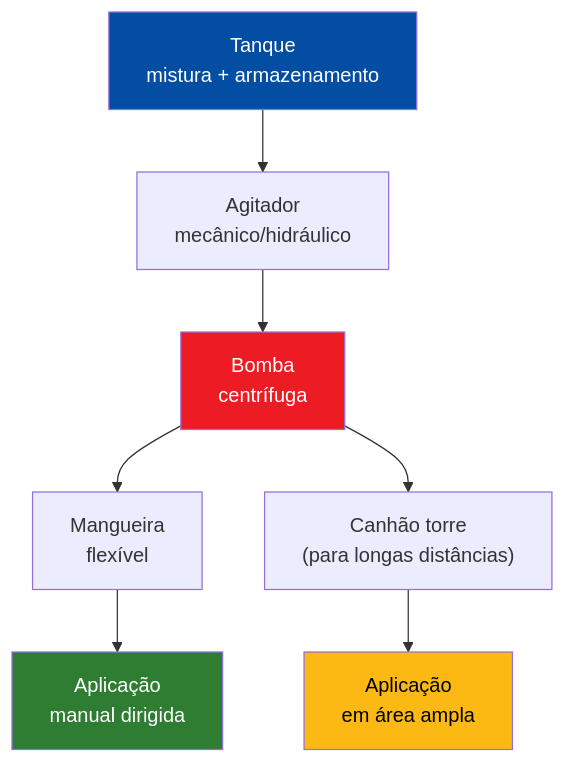
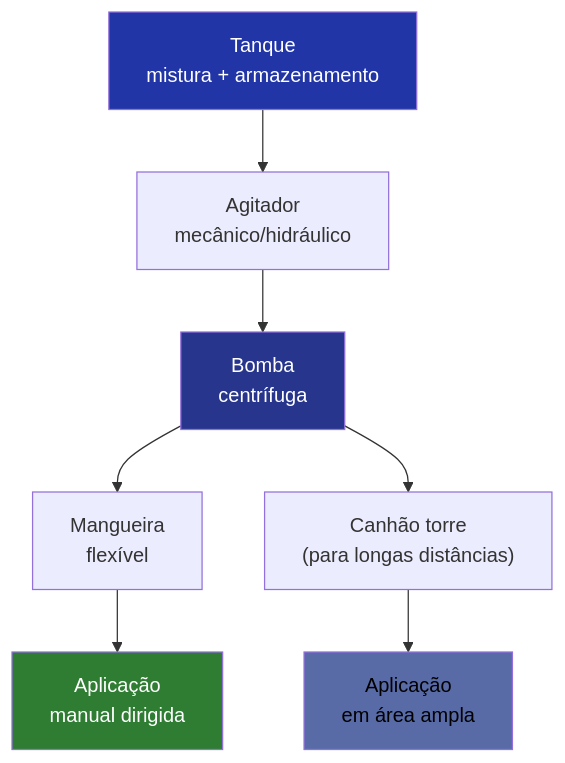
The third of 6 diagrams in aulas/bioengenharia_de_solos/aulas/hidrossemeadura/hidrossemeadura.qmd (ldvsantos/cv), drawn with Mermaid before and after one commit. The commit also changed other lines of this file and 466 other files, not shown here.

````diff
--- a/aulas/bioengenharia_de_solos/aulas/hidrossemeadura/hidrossemeadura.qmd
+++ b/aulas/bioengenharia_de_solos/aulas/hidrossemeadura/hidrossemeadura.qmd
@@ -354,14 +352,14 @@
 ```{mermaid}
 %%| fig-width: 4.5
 graph TD
     A["Tanque<br>mistura + armazenamento"] --> B["Agitador<br>mecânico/hidráulico"]
     B --> C["Bomba<br>centrífuga"]
     C --> D["Mangueira<br>flexível"]
     C --> E["Canhão torre<br>(para longas distâncias)"]
     D --> F["Aplicação<br>manual dirigida"]
     E --> G["Aplicação<br>em área ampla"]
-    style A fill:#034EA2,color:#fff
-    style C fill:#ED1C24,color:#fff
+    style A fill:#2135A6,color:#fff
+    style C fill:#27368C,color:#fff
     style F fill:#2E7D32,color:#fff
-    style G fill:#FDB913,color:#000
+    style G fill:#586BA6,color:#000
 ```
````
